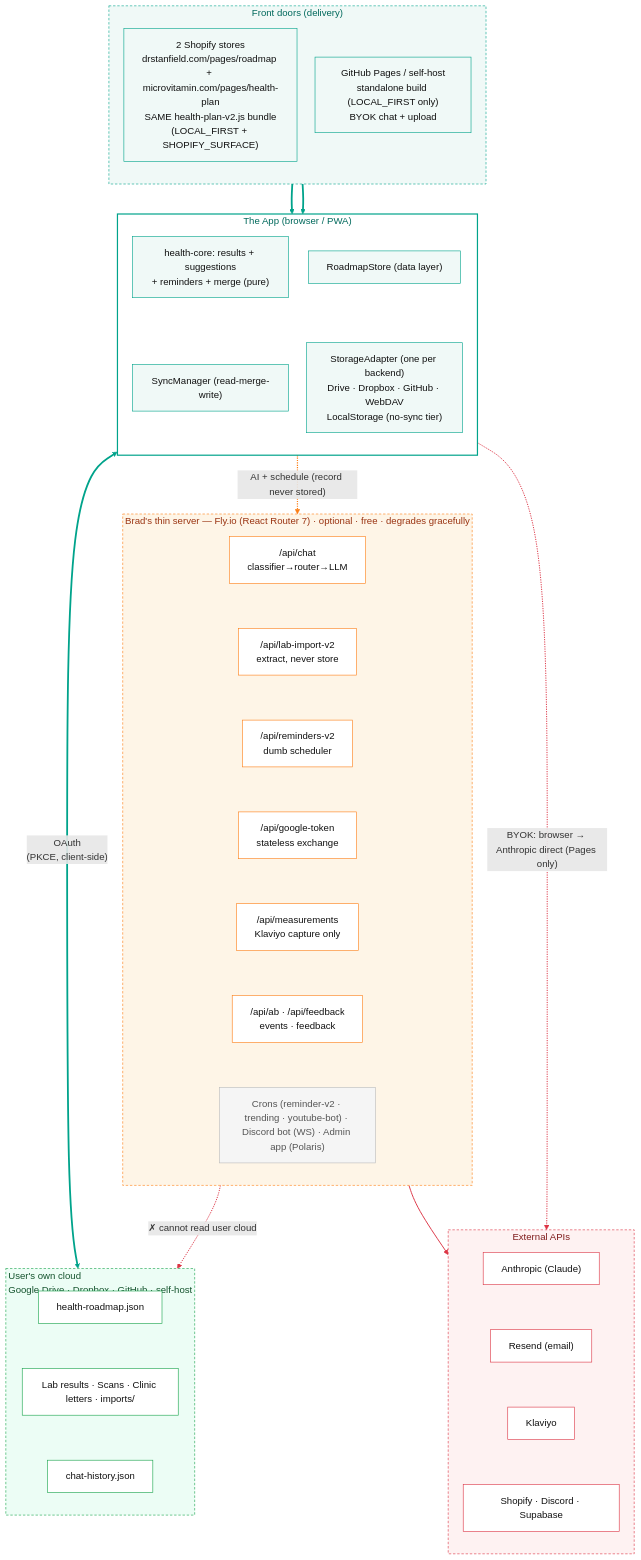
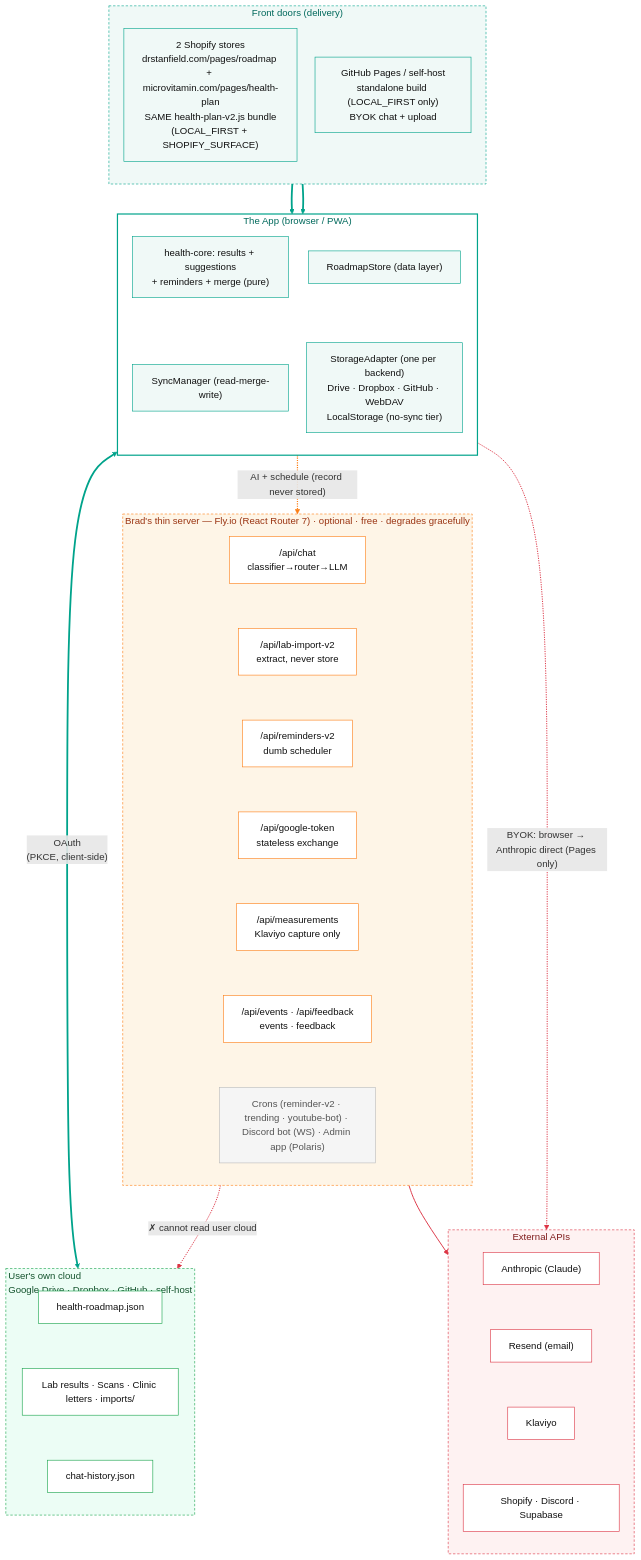
Before and after one commit to DrBradStanfield/roadmap: the first of 2 diagrams in docs/architecture-v2.md, drawn with Mermaid. The commit also changed 89 other files, not shown here.

````diff
--- a/docs/architecture-v2.md
+++ b/docs/architecture-v2.md
@@ -58,79 +58,79 @@
 ```mermaid
 %%{init: {"flowchart": {"nodeSpacing": 30}}}%%
 flowchart TB
   %% Two front doors
   subgraph FD["Front doors (delivery)"]
     direction TB
     FD1["2 Shopify stores<br/>drstanfield.com/pages/roadmap + microvitamin.com/pages/health-plan<br/>SAME health-plan-v2.js bundle<br/>(LOCAL_FIRST + SHOPIFY_SURFACE)"]
     FD2["GitHub Pages / self-host<br/>standalone build (LOCAL_FIRST only)<br/>BYOK chat + upload"]
   end
   %% The App
   subgraph APP["The App (browser / PWA)"]
     direction TB
     A1["health-core: results + suggestions<br/>+ reminders + merge (pure)"]
     A2["RoadmapStore (data layer)"]
     A3["SyncManager (read-merge-write)"]
     A4["StorageAdapter (one per backend)<br/>Drive · Dropbox · GitHub · WebDAV<br/>LocalStorage (no-sync tier)"]
   end
   %% User's own cloud
   subgraph CL["User's own cloud<br/>Google Drive · Dropbox · GitHub · self-host"]
     direction TB
     C1["health-roadmap.json"]
     C2["Lab results · Scans · Clinic letters · imports/"]
     C3["chat-history.json"]
   end
   %% Brad's thin server
   subgraph SRV["Brad's thin server — Fly.io (React Router 7) · optional · free · degrades gracefully"]
     direction TB
     S1["/api/chat<br/>classifier→router→LLM"]
     S2["/api/lab-import-v2<br/>extract, never store"]
     S3["/api/reminders-v2<br/>dumb scheduler"]
     S4["/api/google-token<br/>stateless exchange"]
     S5["/api/measurements<br/>Klaviyo capture only"]
-    S6["/api/ab · /api/feedback<br/>events · feedback"]
+    S6["/api/events · /api/feedback<br/>events · feedback"]
     S7["Crons (reminder-v2 · trending · youtube-bot) · Discord bot (WS) · Admin app (Polaris)"]
   end
   %% External
   subgraph EXT["External APIs"]
     direction TB
     E1["Anthropic (Claude)"]
     E2["Resend (email)"]
     E3["Klaviyo"]
     E4["Shopify · Discord · Supabase"]
   end
 
   FD1 ==> APP
   FD2 ==> APP
   APP <==>|"OAuth<br/>(PKCE, client-side)"| CL
   APP -.->|"AI + schedule (record never stored)"| SRV
   %% cannot read cloud
   SRV -.->|"✗ cannot read user cloud"| CL
   SRV --> EXT
   %% BYOK direct
   APP -.->|"BYOK: browser → Anthropic direct (Pages only)"| E1
   %% layout only: invisible links (~~~) draw nothing; they make a 2×2 grid in the app and vertical stacks in the server, cloud and external APIs so the diagram fits the page
   A1 ~~~ A3
   A2 ~~~ A4
   S1 ~~~ S2 ~~~ S3 ~~~ S4 ~~~ S5 ~~~ S6 ~~~ S7
   C1 ~~~ C2 ~~~ C3
   E1 ~~~ E2 ~~~ E3 ~~~ E4
 
   linkStyle 0,1,2 stroke:#00a38b,stroke-width:3px
   linkStyle 3 stroke:#fd7e14,stroke-width:2px
   linkStyle 4,5,6 stroke:#dc3545,stroke-width:1.6px
   classDef teal fill:#f0f9f7,stroke:#00a38b,color:#111
   classDef green fill:#ffffff,stroke:#16a34a,color:#111
   classDef orange fill:#ffffff,stroke:#fd7e14,color:#111
   classDef red fill:#ffffff,stroke:#dc3545,color:#111
   classDef gray fill:#f5f5f5,stroke:#bbbbbb,color:#555
   class FD1,FD2,A1,A2,A3,A4 teal
   class C1,C2,C3 green
   class S1,S2,S3,S4,S5,S6 orange
   class S7 gray
   class E1,E2,E3,E4 red
   style FD fill:#f0f9f7,stroke:#00a38b,stroke-dasharray:4 3,color:#00695c
   style APP fill:#ffffff,stroke:#00a38b,stroke-width:2px,color:#00695c
   style CL fill:#ecfdf5,stroke:#16a34a,stroke-dasharray:4 3,color:#14532d
   style SRV fill:#fef5e7,stroke:#fd7e14,stroke-dasharray:4 3,color:#9a3412
   style EXT fill:#fef2f2,stroke:#dc3545,stroke-dasharray:4 3,color:#7f1d1d
 ```
````
